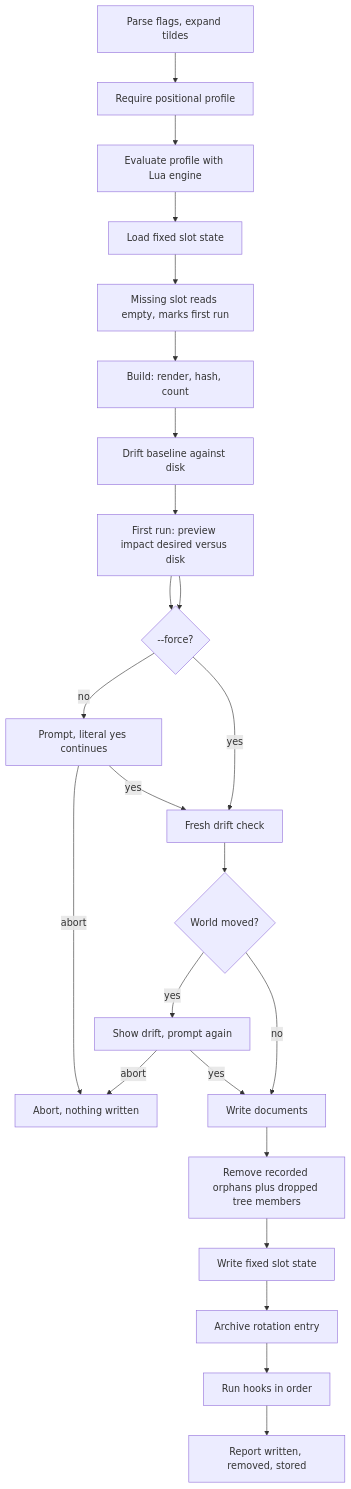
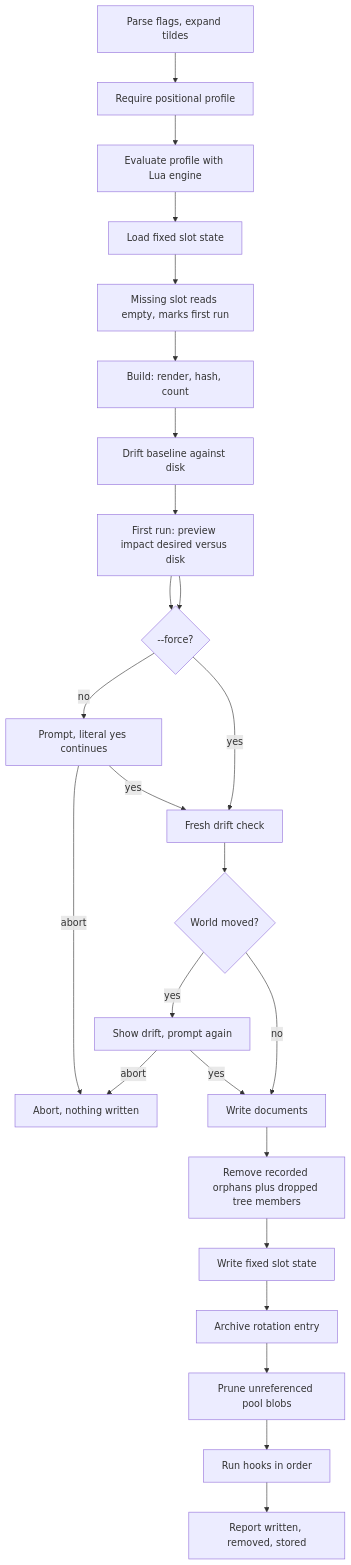
The diagram in docs/flows/apply.md (SolracHQ/confit), drawn with Mermaid before and after one commit. The commit also changed other lines of this file and 17 other files, not shown here.

````diff
--- a/docs/flows/apply.md
+++ b/docs/flows/apply.md
@@ -8,26 +8,27 @@
 ```mermaid
 flowchart TD
     A["Parse flags, expand tildes"] --> B["Require positional profile"]
     B --> C["Evaluate profile with Lua engine"]
     C --> D["Load fixed slot state"]
     D --> E["Missing slot reads empty, marks first run"]
     E --> F["Build: render, hash, count"]
     F --> G["Drift baseline against disk"]
     G --> H["First run: preview impact desired versus disk"]
     H --> I["Render preview"]
     H --> I{"--force?"}
     I -- no --> J["Prompt, literal yes continues"]
     I -- yes --> K["Fresh drift check"]
     J -- abort --> Z["Abort, nothing written"]
     J -- yes --> K
     K --> L{"World moved?"}
     L -- yes --> M["Show drift, prompt again"]
     L -- no --> N["Write documents"]
     M -- abort --> Z
     M -- yes --> N
     N --> O["Remove recorded orphans plus dropped tree members"]
     O --> P["Write fixed slot state"]
     P --> Q["Archive rotation entry"]
-    Q --> R["Run hooks in order"]
+    Q --> Q2["Prune unreferenced pool blobs"]
+    Q2 --> R["Run hooks in order"]
     R --> S["Report written, removed, stored"]
 ```
````
